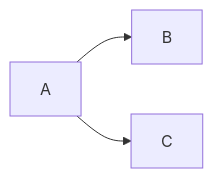
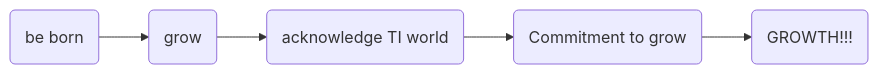
Before and after one commit to ZALOFARG/ZALOFARG: the diagram in README.md, drawn with Mermaid.

````diff
--- a/README.md
+++ b/README.md
@@ -7,5 +7,7 @@
 ``` mermaid
 graph LR;
-  A-->B;
-  A-->C;
+  A(be born)-->B(grow);
+  B-->C(acknowledge TI world);
+  C-->D(Commitment to grow);
+  D-->E(GROWTH!!!)
 ```
````
